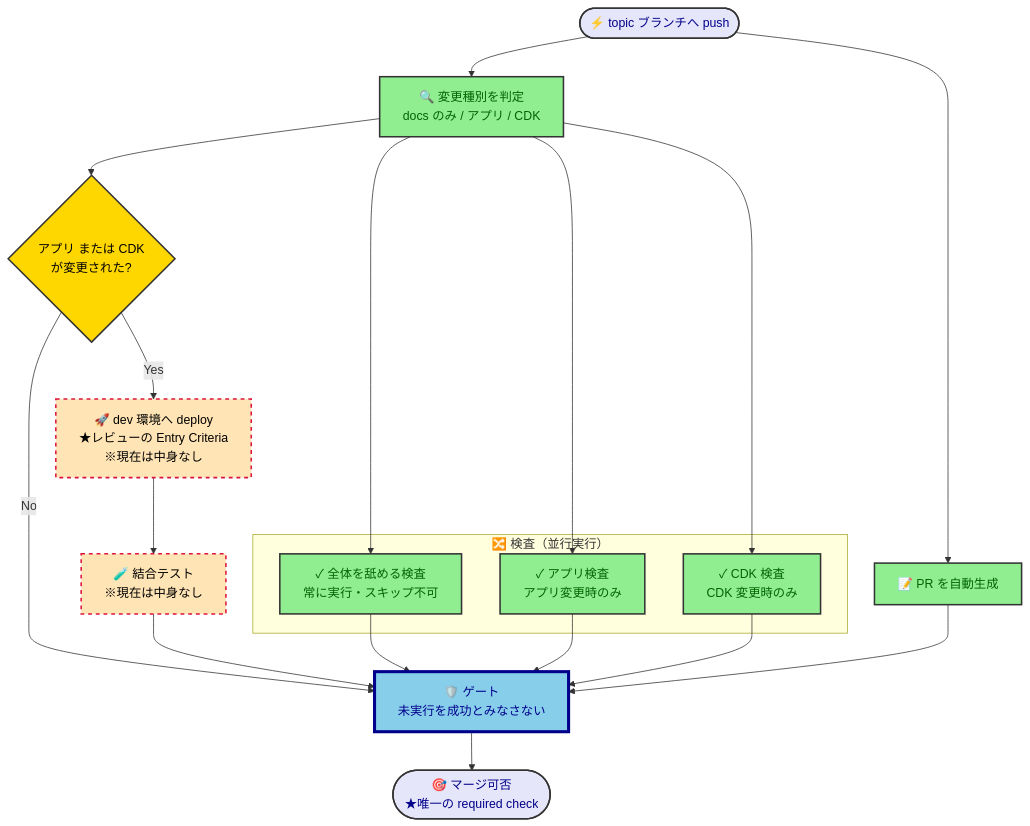
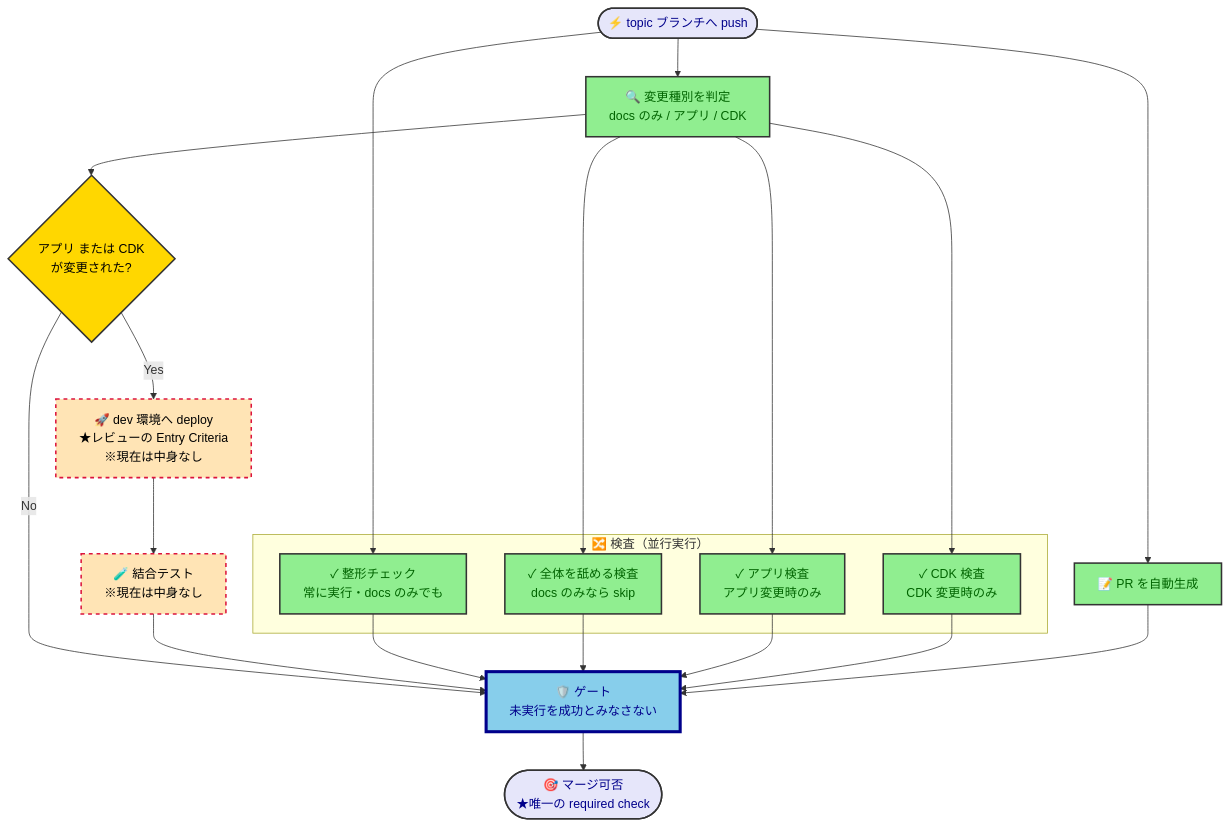
The diagram in docs/design/cicd-design.md (kasiopeiya/claude-dev-template), drawn with Mermaid before and after one commit. The commit also changed other lines of this file and 2 other files, not shown here.

````diff
--- a/docs/design/cicd-design.md
+++ b/docs/design/cicd-design.md
@@ -22,44 +22,47 @@
 ```mermaid
 flowchart TD
     Push([⚡ topic ブランチへ push]) --> PR[📝 PR を自動生成]
     Push --> Detect[🔍 変更種別を判定<br/>docs のみ / アプリ / CDK]
+    Push --> Format
 
     subgraph Checks["🔀 検査（並行実行）"]
-        Common[✓ 全体を舐める検査<br/>常に実行・スキップ不可]
+        Format[✓ 整形チェック<br/>常に実行・docs のみでも]
+        Common[✓ 全体を舐める検査<br/>docs のみなら skip]
         App[✓ アプリ検査<br/>アプリ変更時のみ]
         Cdk[✓ CDK 検査<br/>CDK 変更時のみ]
     end
 
     Detect --> Common
     Detect --> App
     Detect --> Cdk
 
     Detect --> DeployCheck{アプリ または CDK<br/>が変更された?}
     Deploy["🚀 dev 環境へ deploy<br/>★レビューの Entry Criteria<br/>※現在は中身なし"]
     IT["🧪 結合テスト<br/>※現在は中身なし"]
     Gate["🛡️ ゲート<br/>未実行を成功とみなさない"]
 
     DeployCheck -->|No| Gate
     DeployCheck -->|Yes| Deploy
     Deploy --> IT
     IT --> Gate
 
+    Format --> Gate
     Common --> Gate
     App --> Gate
     Cdk --> Gate
     PR --> Gate
 
     Gate --> Merge([🎯 マージ可否<br/>★唯一の required check])
 
     classDef startEnd fill:#E6E6FA,stroke:#333,stroke-width:2px,color:darkblue
     classDef process fill:#90EE90,stroke:#333,stroke-width:2px,color:darkgreen
     classDef decision fill:#FFD700,stroke:#333,stroke-width:2px,color:black
     classDef gate fill:#87CEEB,stroke:#00008B,stroke-width:4px,color:darkblue
     classDef hollow fill:#FFE4B5,stroke:#DC143C,stroke-width:2px,stroke-dasharray: 5 5,color:black
 
     class Push,Merge startEnd
-    class PR,Detect,Common,App,Cdk process
+    class PR,Detect,Format,Common,App,Cdk process
     class DeployCheck decision
     class Deploy,IT hollow
     class Gate gate
 ```
````
